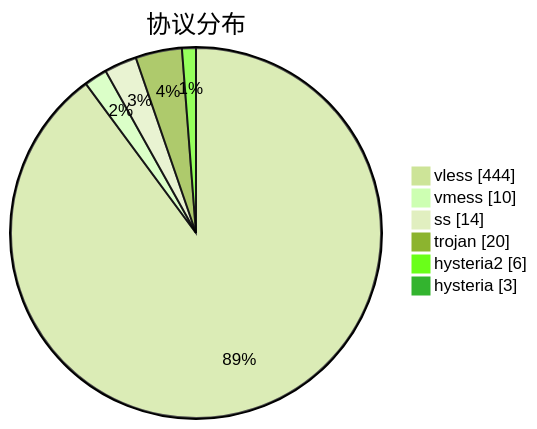
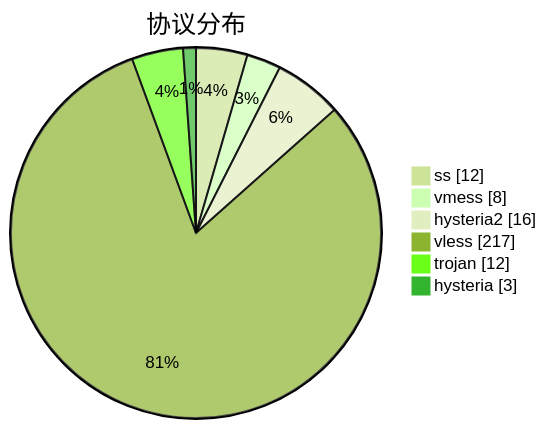
Before and after one commit to sinspired/airport: the third of 3 diagrams in subs/statistics/tested_within.md, drawn with Mermaid (forest theme). The commit also changed other lines of this file and 2 other files, not shown here.

````diff
--- a/subs/statistics/tested_within.md
+++ b/subs/statistics/tested_within.md
@@ -36,10 +34,10 @@
 ```mermaid
 pie showData
 title 协议分布
-"vless" : 444
-"vmess" : 10
-"ss" : 14
-"trojan" : 20
-"hysteria2" : 6
+"ss" : 12
+"vmess" : 8
+"hysteria2" : 16
+"vless" : 217
+"trojan" : 12
 "hysteria" : 3
 ```
````
